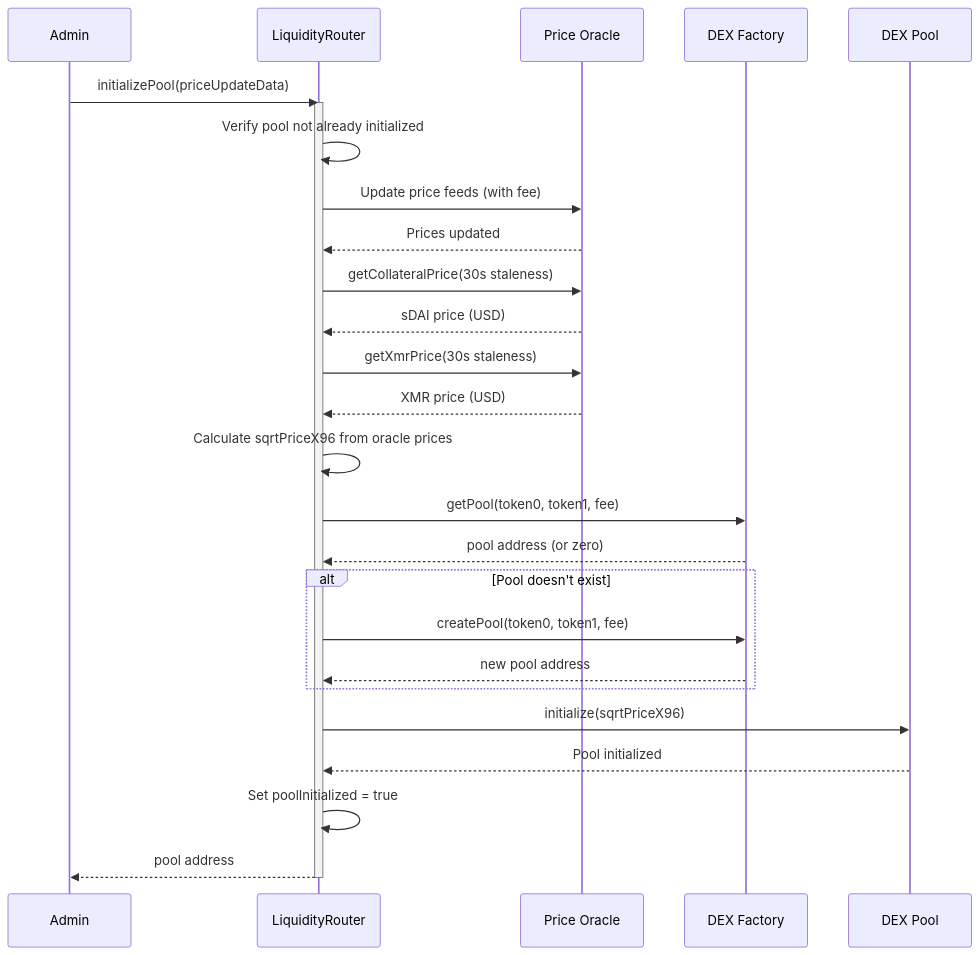
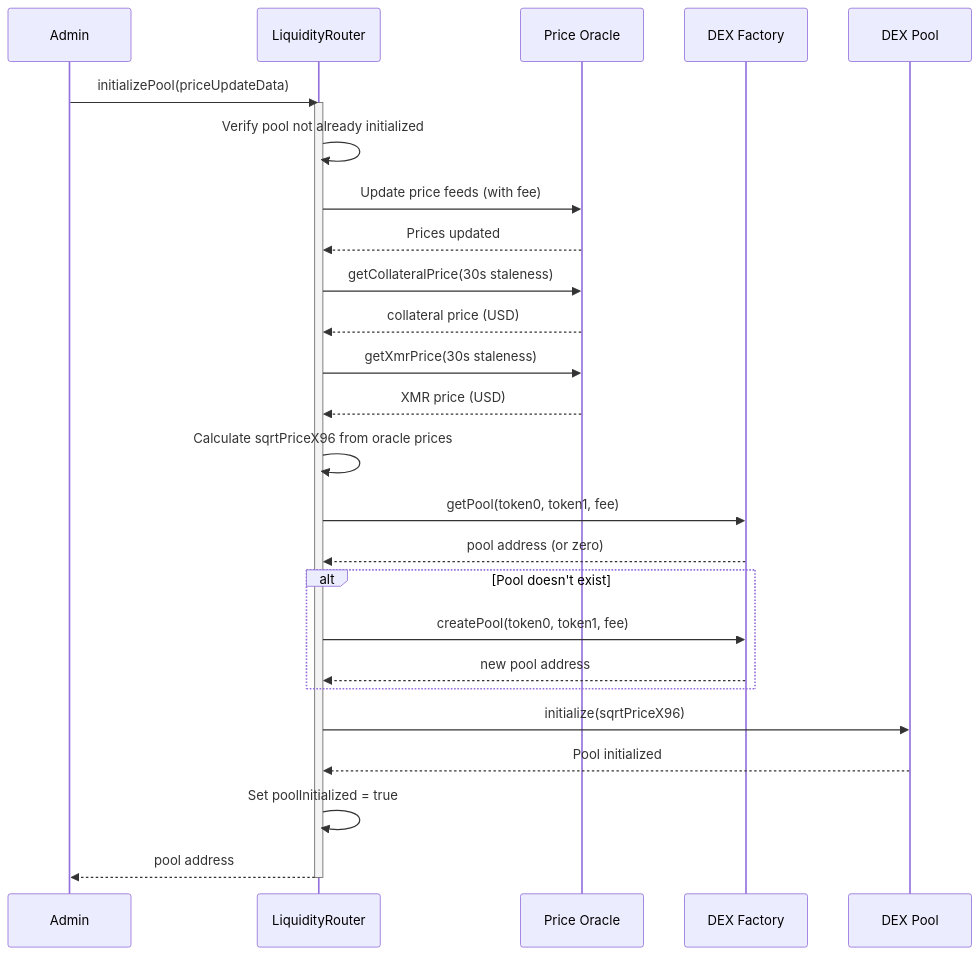
Before and after one commit to madschristensen99/wrapsynth: the first of 27 diagrams in docs/sequenceDiagrams.md, drawn with Mermaid. The commit also changed other lines of this file and 1 other file, not shown here.

First line of the commit message:
Fix Mermaid parse errors + generalize docs to chain-agnostic terms

````diff
--- a/docs/sequenceDiagrams.md
+++ b/docs/sequenceDiagrams.md
@@ -26,39 +26,39 @@
 ```mermaid
 sequenceDiagram
     participant Admin
     participant Router as LiquidityRouter
     participant Oracle as Price Oracle
     participant Factory as DEX Factory
     participant Pool as DEX Pool
 
     Admin->>Router: initializePool(priceUpdateData)
     activate Router
     
     Router->>Router: Verify pool not already initialized
     Router->>Oracle: Update price feeds (with fee)
     Oracle-->>Router: Prices updated
     
     Router->>Oracle: getCollateralPrice(30s staleness)
-    Oracle-->>Router: sDAI price (USD)
+    Oracle-->>Router: collateral price (USD)
     
     Router->>Oracle: getXmrPrice(30s staleness)
     Oracle-->>Router: XMR price (USD)
     
     Router->>Router: Calculate sqrtPriceX96 from oracle prices
     
     Router->>Factory: getPool(token0, token1, fee)
     Factory-->>Router: pool address (or zero)
     
     alt Pool doesn't exist
         Router->>Factory: createPool(token0, token1, fee)
         Factory-->>Router: new pool address
     end
     
     Router->>Pool: initialize(sqrtPriceX96)
     Pool-->>Router: Pool initialized
     
     Router->>Router: Set poolInitialized = true
     Router-->>Admin: pool address
     
     deactivate Router
 ```
````
